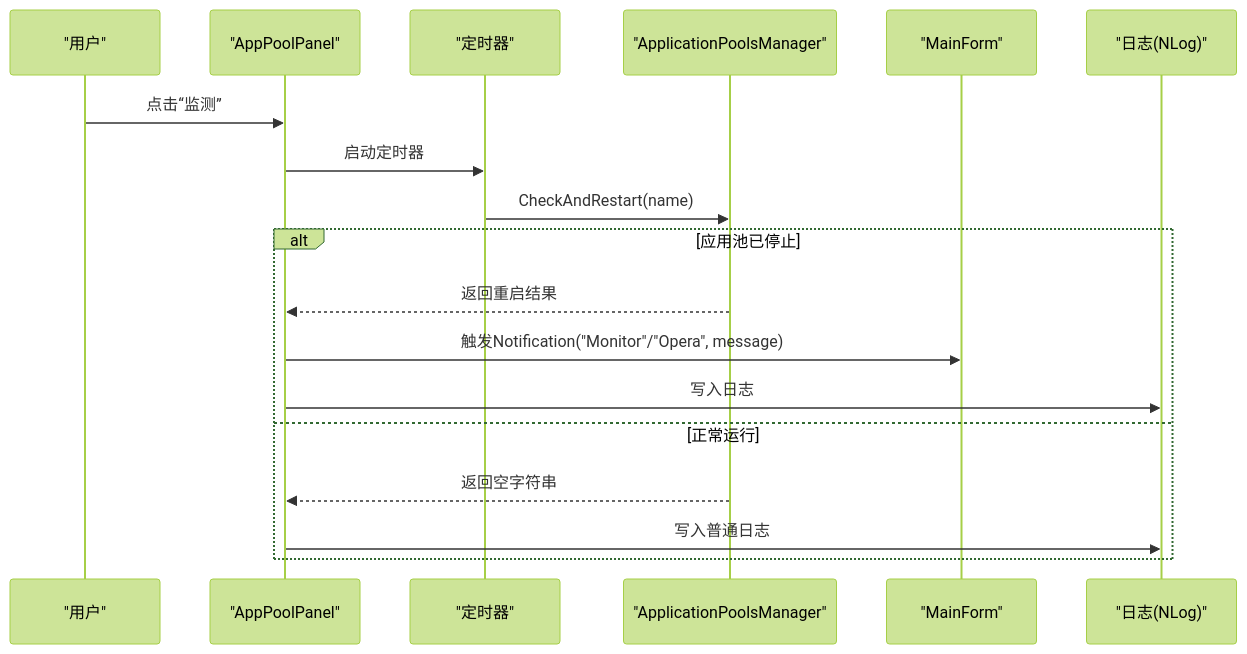
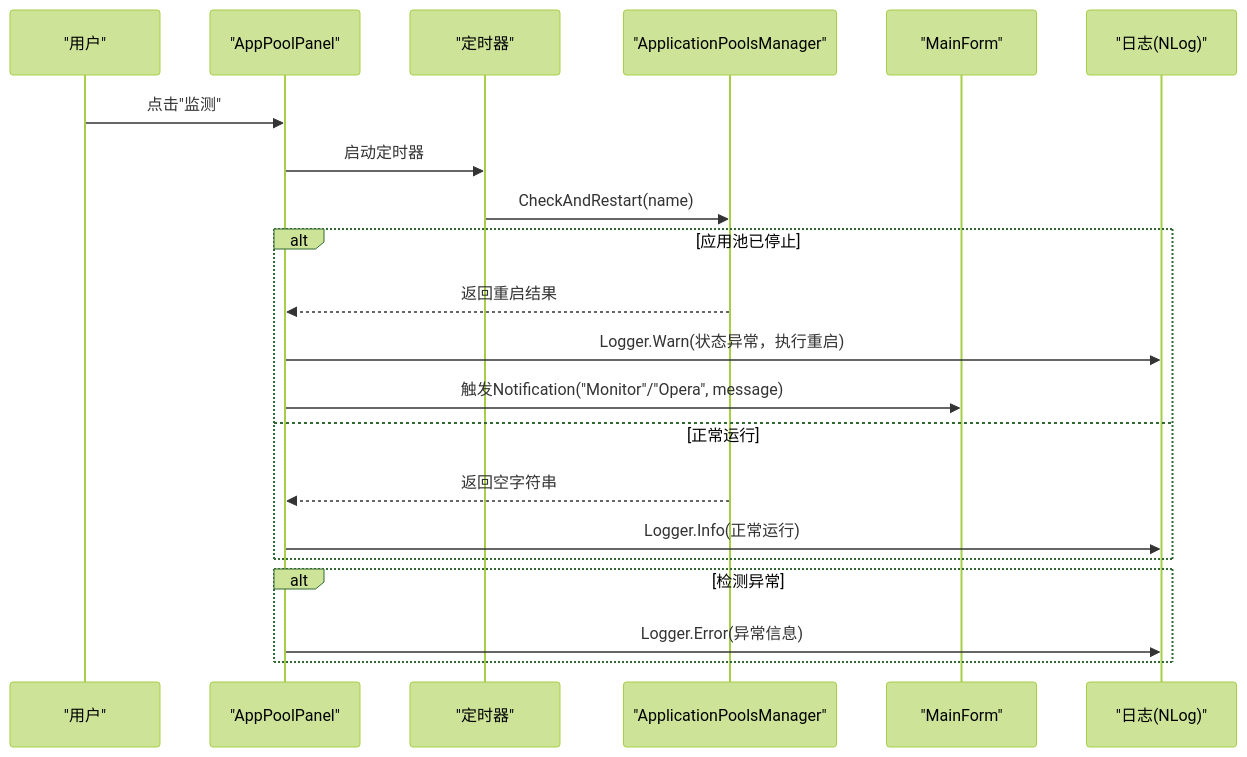
One commit to db300/IISMonitor changed the fourth of 5 diagrams in .qoder/repowiki/zh/content/IISMonitor.v1 功能详解/警告通知系统.md. Above: the diagram before and after it, drawn with Mermaid (forest theme). The commit also changed other lines of this file and 5 other files, not shown here.

````diff
--- a/.qoder/repowiki/zh/content/IISMonitor.v1 功能详解/警告通知系统.md
+++ b/.qoder/repowiki/zh/content/IISMonitor.v1 功能详解/警告通知系统.md
@@ -208,20 +218,23 @@
 ```mermaid
 sequenceDiagram
 participant User as "用户"
 participant Panel as "AppPoolPanel"
 participant Timer as "定时器"
 participant Lib as "ApplicationPoolsManager"
 participant Main as "MainForm"
 participant Log as "日志(NLog)"
-User->>Panel : 点击“监测”
+User->>Panel : 点击"监测"
 Panel->>Timer : 启动定时器
 Timer->>Lib : CheckAndRestart(name)
 alt 应用池已停止
 Lib-->>Panel : 返回重启结果
+Panel->>Log : Logger.Warn(状态异常，执行重启)
 Panel->>Main : 触发Notification("Monitor"/"Opera", message)
-Panel->>Log : 写入日志
 else 正常运行
 Lib-->>Panel : 返回空字符串
-Panel->>Log : 写入普通日志
+Panel->>Log : Logger.Info(正常运行)
+end
+alt 检测异常
+Panel->>Log : Logger.Error(异常信息)
 end
 ```
````
